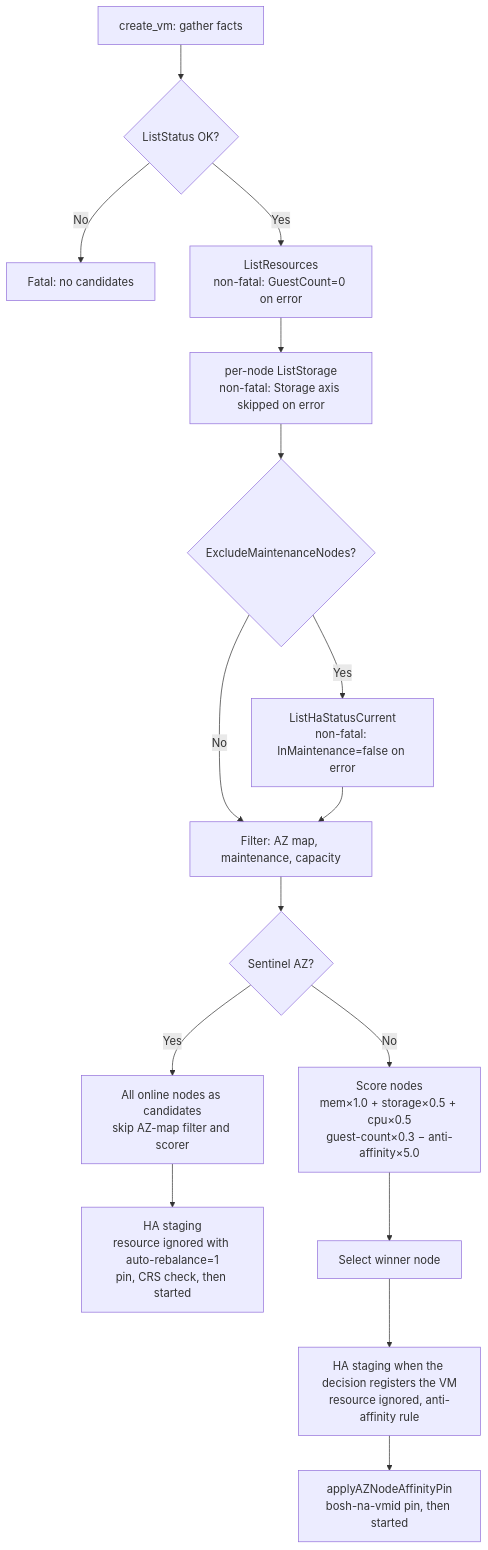
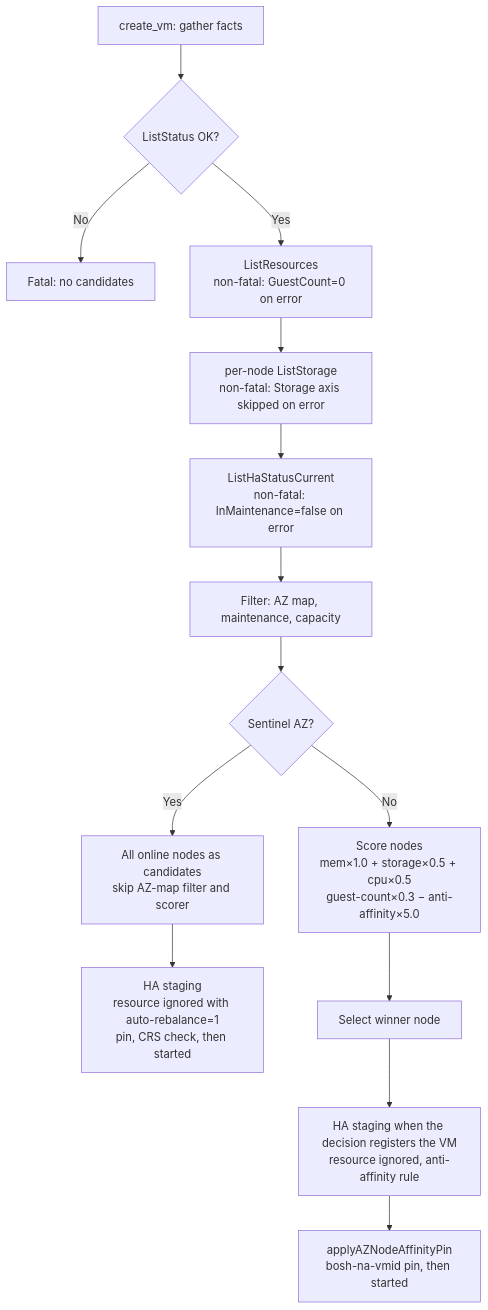
The diagram in docs/dlb-aware-placement.md (fivetwenty-io/bosh-proxmox-cpi-release), drawn with Mermaid before and after one commit. The commit also changed other lines of this file and 25 other files, not shown here.

````diff
--- a/docs/dlb-aware-placement.md
+++ b/docs/dlb-aware-placement.md
@@ -166,18 +166,16 @@
 ```mermaid
 flowchart TD
     A[create_vm: gather facts] --> B{ListStatus OK?}
     B -- No --> FATAL[Fatal: no candidates]
     B -- Yes --> C[ListResources\nnon-fatal: GuestCount=0 on error]
     C --> D[per-node ListStorage\nnon-fatal: Storage axis skipped on error]
-    D --> E{ExcludeMaintenanceNodes?}
-    E -- Yes --> F[ListHaStatusCurrent\nnon-fatal: InMaintenance=false on error]
-    E -- No --> G
+    D --> F[ListHaStatusCurrent\nnon-fatal: InMaintenance=false on error]
     F --> G[Filter: AZ map, maintenance, capacity]
     G --> H{Sentinel AZ?}
     H -- Yes --> I[All online nodes as candidates\nskip AZ-map filter and scorer]
     I --> J[HA staging\nresource ignored with auto-rebalance=1\npin, CRS check, then started]
     H -- No --> K[Score nodes\nmem×1.0 + storage×0.5 + cpu×0.5\nguest-count×0.3 − anti-affinity×5.0]
     K --> L[Select winner node]
     L --> M[HA staging when the decision registers the VM\nresource ignored, anti-affinity rule]
     M --> N[applyAZNodeAffinityPin\nbosh-na-vmid pin, then started]
 ```
````
